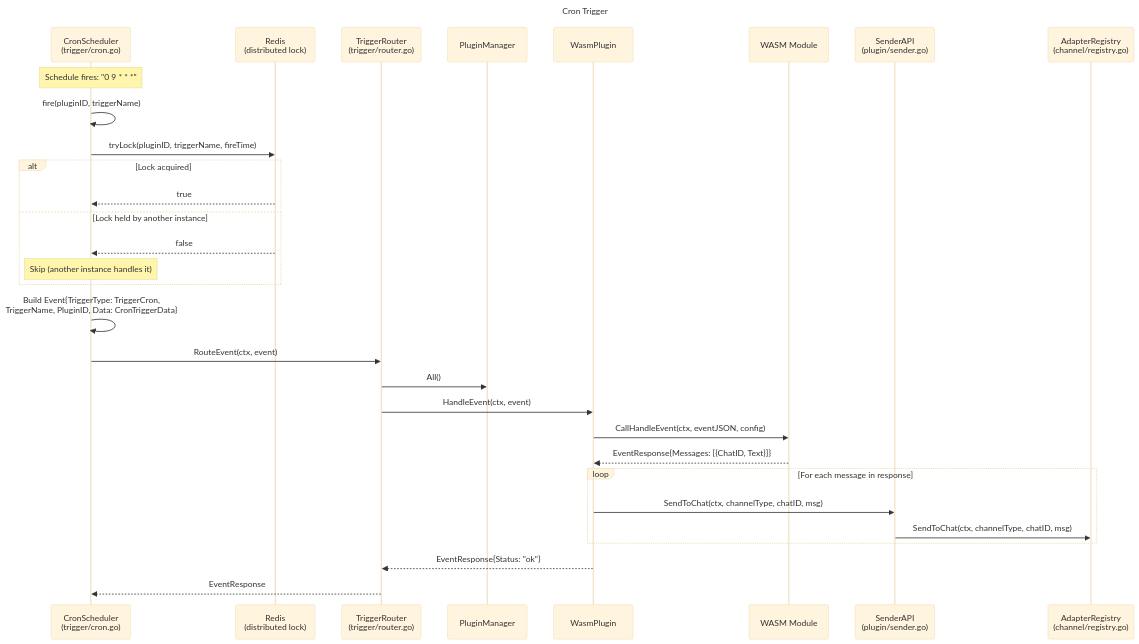
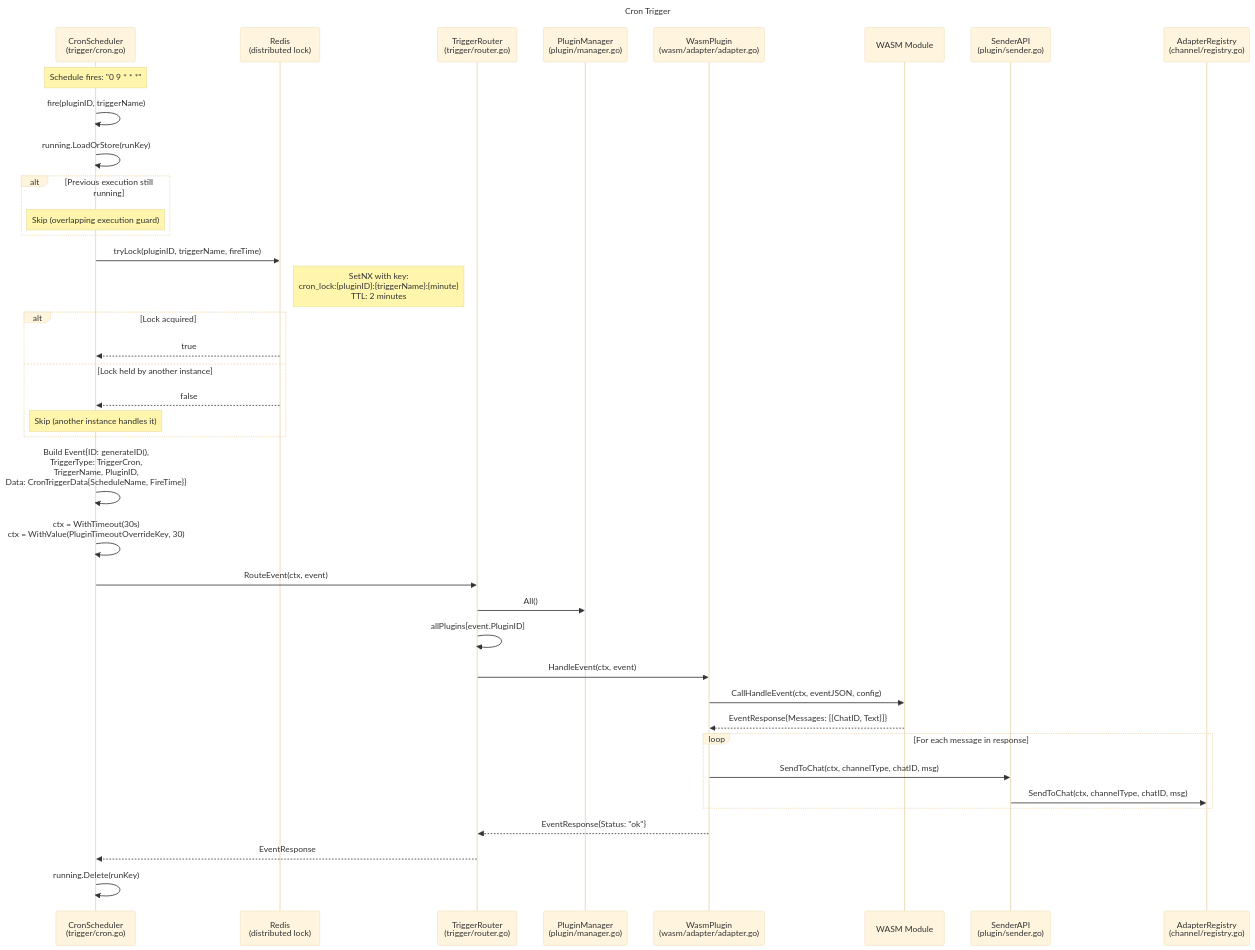
Before and after one commit to StaZisS/SuperBotGo: the diagram in docs/seq-trigger-cron.mmd, drawn with Mermaid (base theme). The commit also changed 7 other files, not shown here.

```diff
--- a/docs/seq-trigger-cron.mmd
+++ b/docs/seq-trigger-cron.mmd
@@ -1,40 +1,51 @@
 sequenceDiagram
     title Cron Trigger
 
     participant Cron as CronScheduler<br/>(trigger/cron.go)
     participant Redis as Redis<br/>(distributed lock)
     participant TR as TriggerRouter<br/>(trigger/router.go)
-    participant PM as PluginManager
-    participant Plugin as WasmPlugin
+    participant PM as PluginManager<br/>(plugin/manager.go)
+    participant Plugin as WasmPlugin<br/>(wasm/adapter/adapter.go)
     participant WASM as WASM Module
     participant Sender as SenderAPI<br/>(plugin/sender.go)
     participant AR as AdapterRegistry<br/>(channel/registry.go)
 
     Note over Cron: Schedule fires: "0 9 * * *"
 
     Cron->>Cron: fire(pluginID, triggerName)
+
+    Cron->>Cron: running.LoadOrStore(runKey)
+    alt Previous execution still running
+        Note over Cron: Skip (overlapping execution guard)
+    end
+
     Cron->>Redis: tryLock(pluginID, triggerName, fireTime)
+    Note right of Redis: SetNX with key:<br/>cron_lock:{pluginID}:{triggerName}:{minute}<br/>TTL: 2 minutes
 
     alt Lock acquired
         Redis-->>Cron: true
     else Lock held by another instance
         Redis-->>Cron: false
         Note over Cron: Skip (another instance handles it)
     end
 
-    Cron->>Cron: Build Event{TriggerType: TriggerCron,<br/>TriggerName, PluginID, Data: CronTriggerData}
+    Cron->>Cron: Build Event{ID: generateID(),<br/>TriggerType: TriggerCron,<br/>TriggerName, PluginID,<br/>Data: CronTriggerData{ScheduleName, FireTime}}
+
+    Cron->>Cron: ctx = WithTimeout(30s)<br/>ctx = WithValue(PluginTimeoutOverrideKey, 30)
 
     Cron->>TR: RouteEvent(ctx, event)
     TR->>PM: All()
+    TR->>TR: allPlugins[event.PluginID]
     TR->>Plugin: HandleEvent(ctx, event)
     Plugin->>WASM: CallHandleEvent(ctx, eventJSON, config)
 
     WASM-->>Plugin: EventResponse{Messages: [{ChatID, Text}]}
 
     loop For each message in response
         Plugin->>Sender: SendToChat(ctx, channelType, chatID, msg)
         Sender->>AR: SendToChat(ctx, channelType, chatID, msg)
     end
 
     Plugin-->>TR: EventResponse{Status: "ok"}
     TR-->>Cron: EventResponse
+    Cron->>Cron: running.Delete(runKey)
```
